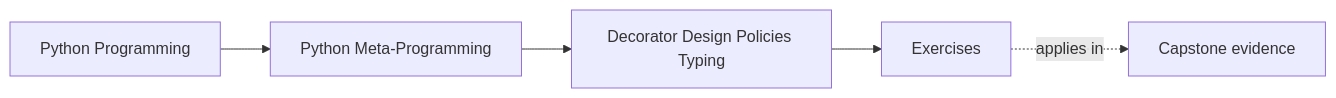
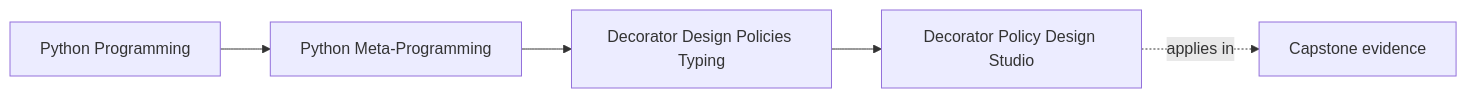
One commit to bijux/bijux-masterclass changed the first of 2 diagrams in programs/python-programming/python-meta-programming/course-book/module-05-decorator-design-policies-typing/exercises.md. Above: the diagram before and after it, drawn with Mermaid. The commit also changed other lines of this file, not shown here.

Commit message:
docs(module-05): replace prompts with a policy design studio

````diff
--- a/programs/python-programming/python-meta-programming/course-book/module-05-decorator-design-policies-typing/exercises.md
+++ b/programs/python-programming/python-meta-programming/course-book/module-05-decorator-design-policies-typing/exercises.md
@@ -7,11 +6,11 @@
 ```mermaid
 graph LR
   family["Python Programming"]
   program["Python Meta-Programming"]
   section["Decorator Design Policies Typing"]
-  page["Exercises"]
+  page["Decorator Policy Design Studio"]
   capstone["Capstone evidence"]
 
   family --> program --> section --> page
   page -.applies in.-> capstone
 ```
````
